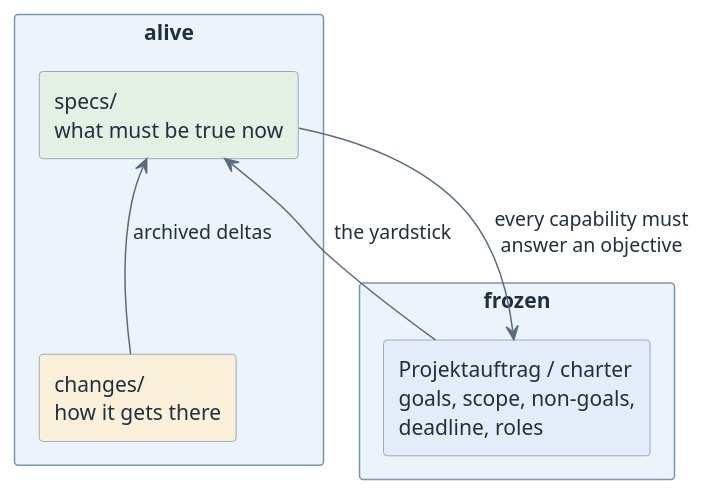
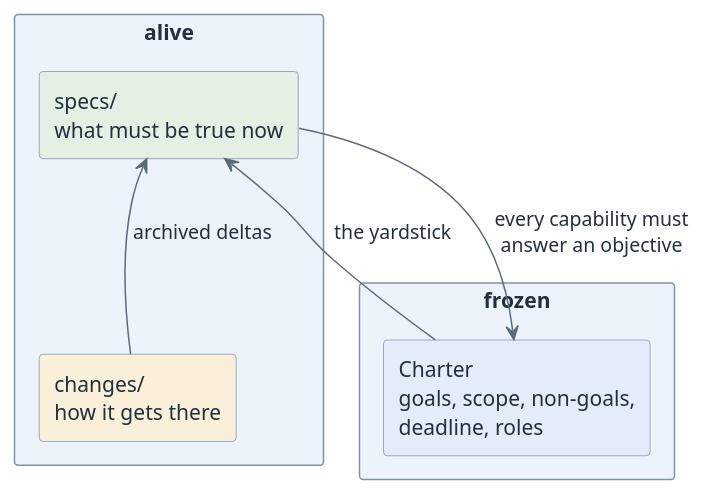
Before and after one commit to htl-leonding-college/curriculum-syp3: the diagram in modules/sdd-specs-replace-requirements/index.adoc, drawn with PlantUML. The commit also changed other lines of this file and 28 other files, not shown here.

```diff
--- a/modules/sdd-specs-replace-requirements/index.adoc
+++ b/modules/sdd-specs-replace-requirements/index.adoc
@@ -93,23 +93,23 @@
 [plantuml,frozen-and-alive,svg]
 ----
 @startuml
 <style>
 element { BackgroundColor #EDF3FA; LineColor #7C93AD; FontColor #21303F }
 arrow { LineColor #5A6B7D; FontColor #21303F }
 </style>
 skinparam shadowing false
 skinparam defaultFontName Helvetica
 
 rectangle "frozen" {
-  rectangle "Projektauftrag / charter\ngoals, scope, non-goals,\ndeadline, roles" as CH #E3ECF8
+  rectangle "Charter\ngoals, scope, non-goals,\ndeadline, roles" as CH #E3ECF8
 }
 rectangle "alive" {
   rectangle "specs/\nwhat must be true now" as SP #E4F0E4
   rectangle "changes/\nhow it gets there" as CG #FAF0D9
 }
 
 CH -right-> SP : "the yardstick"
 CG -up-> SP : "archived deltas"
 SP -down-> CH : "every capability must\nanswer an objective"
 @enduml
 ----
```
